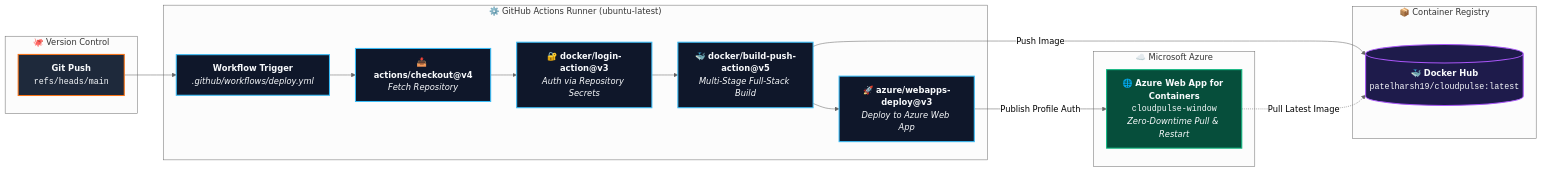
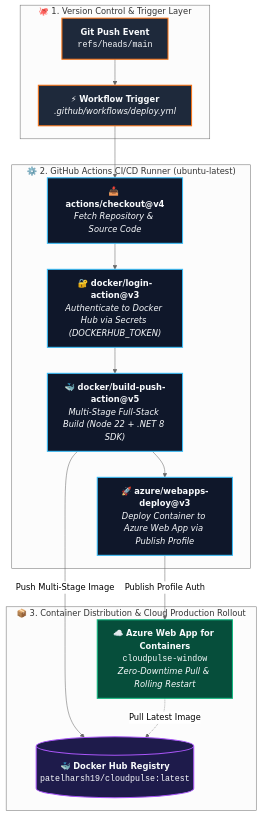
The second of 3 diagrams in Readme.md (IchigoAni-19/Cloud-Pulse), drawn with Mermaid (neutral theme) before and after one commit. The commit also changed other lines of this file, not shown here.

Commit message:
updated readme file to latest changes

````diff
--- a/Readme.md
+++ b/Readme.md
@@ -120,41 +120,39 @@
 ```mermaid
-flowchart LR
-    subgraph VCS ["🐙 Version Control"]
-        GIT_PUSH["<b>Git Push</b><br/><code>refs/heads/main</code>"]
+flowchart TD
+    subgraph S1 ["🐙 1. Version Control & Trigger Layer"]
+        GIT_PUSH["<b>Git Push Event</b><br/><code>refs/heads/main</code>"]
+        TRIGGER["⚡ <b>Workflow Trigger</b><br/><i>.github/workflows/deploy.yml</i>"]
+        GIT_PUSH --> TRIGGER
     end
 
-    subgraph GHA ["⚙️ GitHub Actions Runner (ubuntu-latest)"]
-        TRIGGER["<b>Workflow Trigger</b><br/><i>.github/workflows/deploy.yml</i>"]
-        CHECKOUT["📥 <b>actions/checkout@v4</b><br/><i>Fetch Repository</i>"]
-        DOCKER_LOGIN["🔐 <b>docker/login-action@v3</b><br/><i>Auth via Repository Secrets</i>"]
-        DOCKER_BUILD["🐳 <b>docker/build-push-action@v5</b><br/><i>Multi-Stage Full-Stack Build</i>"]
-        AZURE_DEPLOY["🚀 <b>azure/webapps-deploy@v3</b><br/><i>Deploy to Azure Web App</i>"]
+    subgraph S2 ["⚙️ 2. GitHub Actions CI/CD Runner (ubuntu-latest)"]
+        CHECKOUT["📥 <b>actions/checkout@v4</b><br/><i>Fetch Repository & Source Code</i>"]
+        DOCKER_LOGIN["🔐 <b>docker/login-action@v3</b><br/><i>Authenticate to Docker Hub via Secrets (DOCKERHUB_TOKEN)</i>"]
+        DOCKER_BUILD["🐳 <b>docker/build-push-action@v5</b><br/><i>Multi-Stage Full-Stack Build (Node 22 + .NET 8 SDK)</i>"]
+        AZURE_DEPLOY["🚀 <b>azure/webapps-deploy@v3</b><br/><i>Deploy Container to Azure Web App via Publish Profile</i>"]
+
+        CHECKOUT --> DOCKER_LOGIN
+        DOCKER_LOGIN --> DOCKER_BUILD
+        DOCKER_BUILD --> AZURE_DEPLOY
     end
 
-    subgraph REGISTRY ["📦 Container Registry"]
-        DOCKER_HUB[("🐳 <b>Docker Hub</b><br/><code>patelharsh19/cloudpulse:latest</code>")]
+    subgraph S3 ["📦 3. Container Distribution & Cloud Production Rollout"]
+        DOCKER_HUB[("🐳 <b>Docker Hub Registry</b><br/><code>patelharsh19/cloudpulse:latest</code>")]
+        AZURE_APP["☁️ <b>Azure Web App for Containers</b><br/><code>cloudpulse-window</code><br/><i>Zero-Downtime Pull & Rolling Restart</i>"]
     end
 
-    subgraph AZURE_CLOUD ["☁️ Microsoft Azure"]
-        AZURE_APP["🌐 <b>Azure Web App for Containers</b><br/><code>cloudpulse-window</code><br/><i>Zero-Downtime Pull & Restart</i>"]
-    end
-
-    GIT_PUSH --> TRIGGER
     TRIGGER --> CHECKOUT
-    CHECKOUT --> DOCKER_LOGIN
-    DOCKER_LOGIN --> DOCKER_BUILD
-    DOCKER_BUILD -->|Push Image| DOCKER_HUB
-    DOCKER_BUILD --> AZURE_DEPLOY
-    AZURE_DEPLOY -->|Publish Profile Auth| AZURE_APP
-    AZURE_APP -.->|Pull Latest Image| DOCKER_HUB
+    DOCKER_BUILD -->|"Push Multi-Stage Image"| DOCKER_HUB
+    AZURE_DEPLOY -->|"Publish Profile Auth"| AZURE_APP
+    AZURE_APP -.->|"Pull Latest Image"| DOCKER_HUB
 
     classDef vcsStyle fill:#1e293b,stroke:#f97316,stroke-width:2px,color:#f8fafc;
     classDef runnerStyle fill:#0f172a,stroke:#38bdf8,stroke-width:2px,color:#f8fafc;
     classDef regStyle fill:#1e1b4b,stroke:#a855f7,stroke-width:2px,color:#f8fafc;
     classDef azureStyle fill:#064e3b,stroke:#10b981,stroke-width:2px,color:#f8fafc;
 
-    class GIT_PUSH vcsStyle;
-    class TRIGGER,CHECKOUT,DOCKER_LOGIN,DOCKER_BUILD,AZURE_DEPLOY runnerStyle;
+    class GIT_PUSH,TRIGGER vcsStyle;
+    class CHECKOUT,DOCKER_LOGIN,DOCKER_BUILD,AZURE_DEPLOY runnerStyle;
     class DOCKER_HUB regStyle;
     class AZURE_APP azureStyle;
 ```
````
